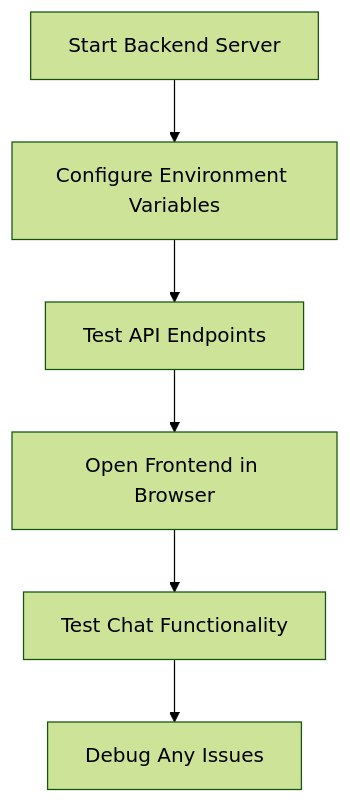
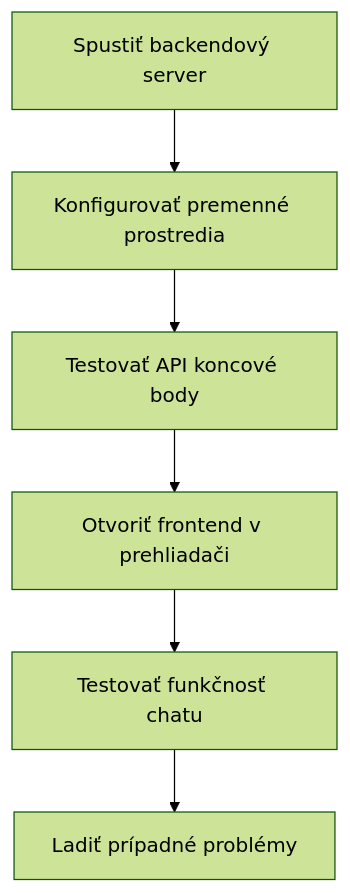
Diagram 12 of 14 in translations/sk/9-chat-project/README.md (microsoft/Web-Dev-For-Beginners), drawn with Mermaid (forest theme) before and after one commit. The commit also changed other lines of this file and 99 other files, not shown here.

````diff
--- a/translations/sk/9-chat-project/README.md
+++ b/translations/sk/9-chat-project/README.md
@@ -1754,8 +2013,8 @@
 ```mermaid
 graph TD
-    A[Start Backend Server] --> B[Configure Environment Variables]
-    B --> C[Test API Endpoints]
-    C --> D[Open Frontend in Browser]
-    D --> E[Test Chat Functionality]
-    E --> F[Debug Any Issues]
+    A[Spustiť backendový server] --> B[Konfigurovať premenné prostredia]
+    B --> C[Testovať API koncové body]
+    C --> D[Otvoriť frontend v prehliadači]
+    D --> E[Testovať funkčnosť chatu]
+    E --> F[Ladiť prípadné problémy]
 ```
````
